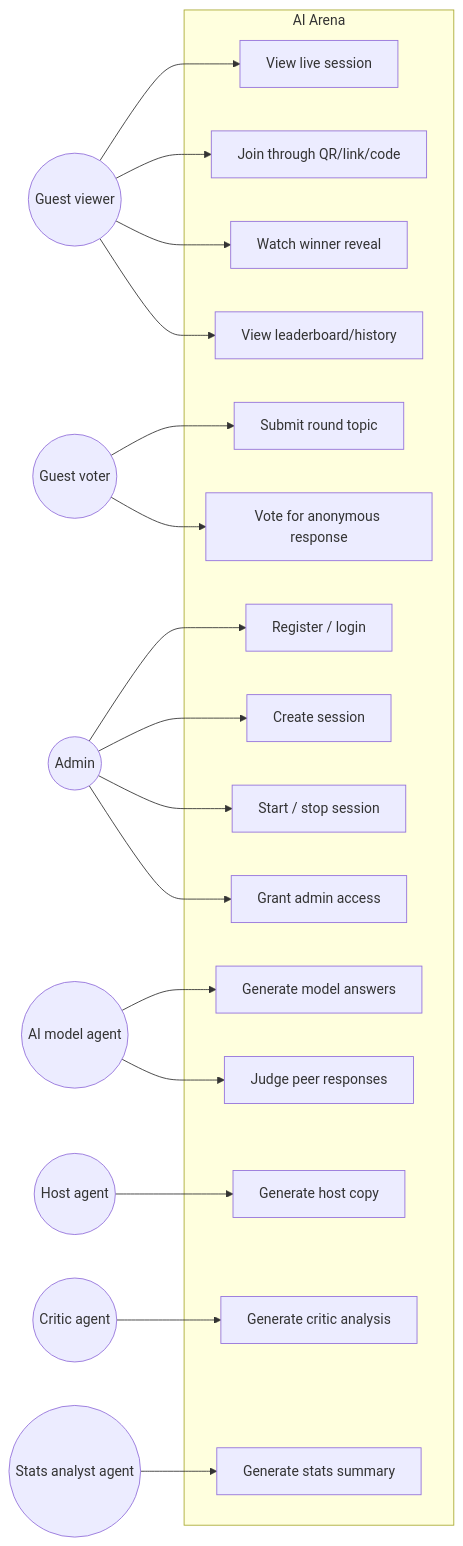
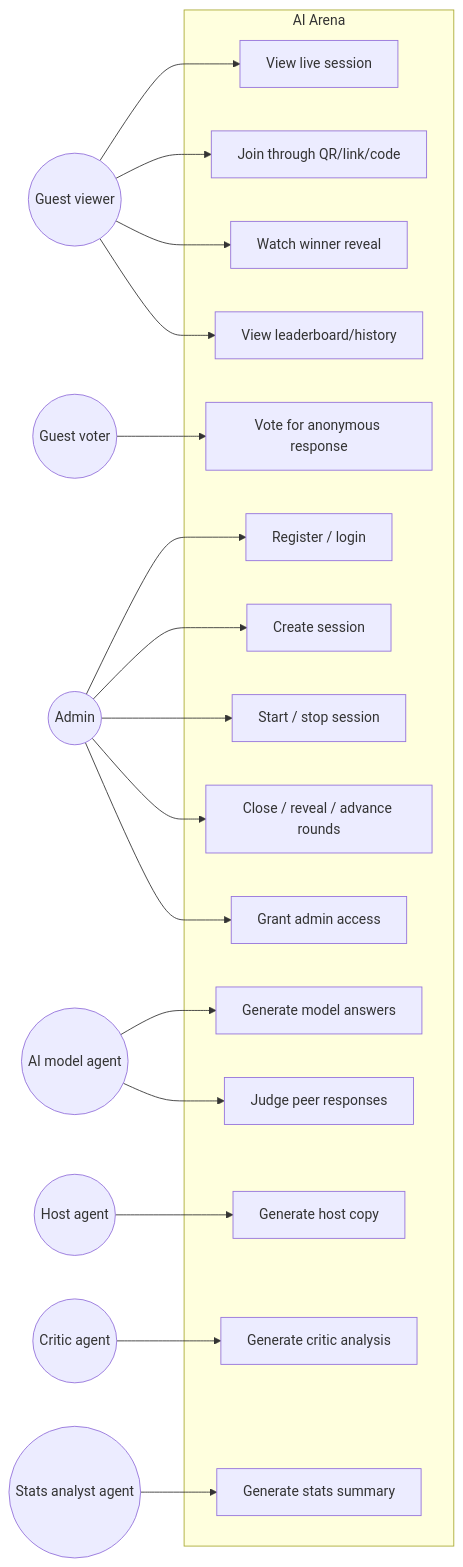
One commit to Radu028/ai-arena changed the diagram in docs/diagrams/mermaid/01-use-case.mmd. Above: the diagram before and after it, drawn with Mermaid. The commit also changed 45 other files, not shown here.

```diff
--- a/docs/diagrams/mermaid/01-use-case.mmd
+++ b/docs/diagrams/mermaid/01-use-case.mmd
@@ -1,42 +1,42 @@
 flowchart LR
   Guest((Guest viewer))
   Voter((Guest voter))
   Admin((Admin))
   Model((AI model agent))
   Host((Host agent))
   Critic((Critic agent))
   Stats((Stats analyst agent))
 
   subgraph System["AI Arena"]
     ViewSession[View live session]
     JoinByQr[Join through QR/link/code]
-    SubmitTopic[Submit round topic]
     Vote[Vote for anonymous response]
     WatchReveal[Watch winner reveal]
     ViewLeaderboard[View leaderboard/history]
     RegisterLogin[Register / login]
     CreateSession[Create session]
     StartStop[Start / stop session]
+    ManageRounds[Close / reveal / advance rounds]
     ManageAdmins[Grant admin access]
     GenerateAnswers[Generate model answers]
     JudgeAnswers[Judge peer responses]
     HostCopy[Generate host copy]
     CriticCopy[Generate critic analysis]
     StatsCopy[Generate stats summary]
   end
 
   Guest --> ViewSession
   Guest --> JoinByQr
   Guest --> WatchReveal
   Guest --> ViewLeaderboard
-  Voter --> SubmitTopic
   Voter --> Vote
   Admin --> RegisterLogin
   Admin --> CreateSession
   Admin --> StartStop
+  Admin --> ManageRounds
   Admin --> ManageAdmins
   Model --> GenerateAnswers
   Model --> JudgeAnswers
   Host --> HostCopy
   Critic --> CriticCopy
   Stats --> StatsCopy
```
